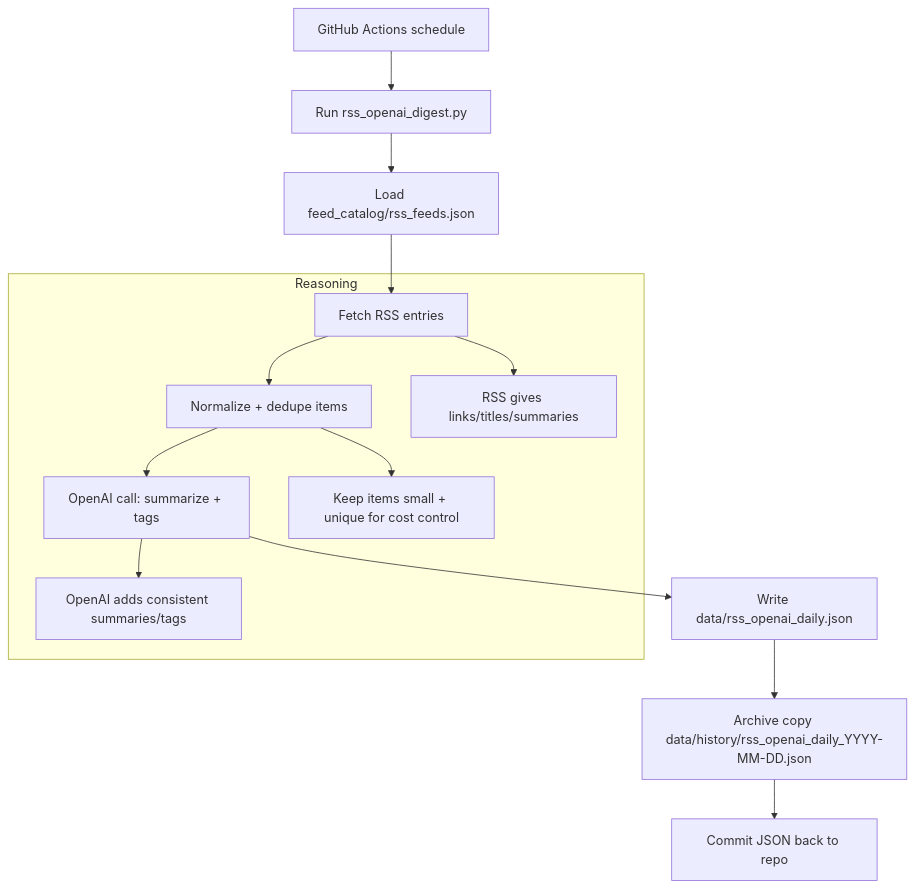
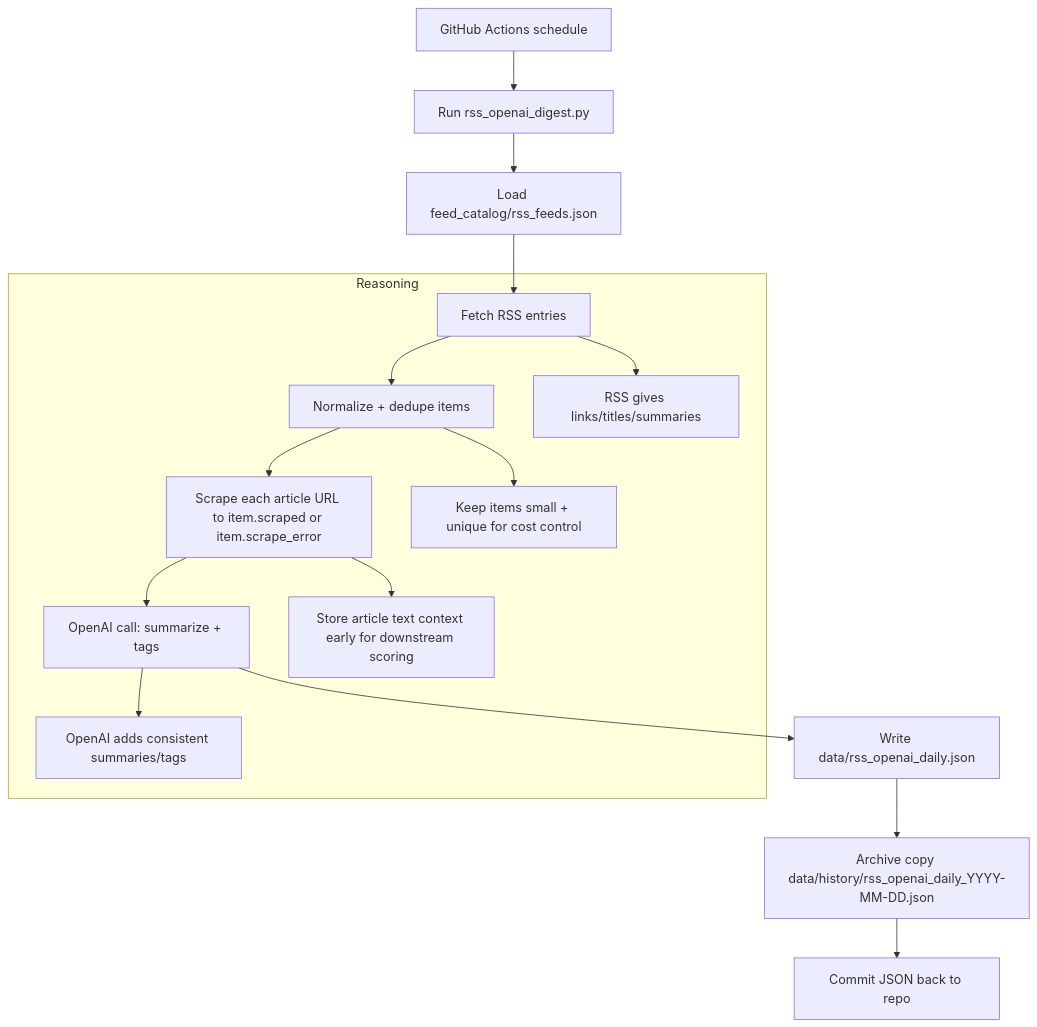
The second of 2 diagrams in readme.md (Distinction-Projects/RSS_Feeds), drawn with Mermaid before and after one commit. The commit also changed other lines of this file and 20 other files, not shown here.

````diff
--- a/readme.md
+++ b/readme.md
@@ -36,17 +37,19 @@
 ```mermaid
 flowchart TD
     A[GitHub Actions schedule] --> B[Run rss_openai_digest.py]
     B --> C[Load feed_catalog/rss_feeds.json]
     C --> D[Fetch RSS entries]
     D --> E[Normalize + dedupe items]
-    E --> F[OpenAI call: summarize + tags]
-    F --> G[Write data/rss_openai_daily.json]
-    G --> H[Archive copy data/history/rss_openai_daily_YYYY-MM-DD.json]
-    H --> I[Commit JSON back to repo]
+    E --> F[Scrape each article URL to item.scraped or item.scrape_error]
+    F --> G[OpenAI call: summarize + tags]
+    G --> H[Write data/rss_openai_daily.json]
+    H --> I[Archive copy data/history/rss_openai_daily_YYYY-MM-DD.json]
+    I --> J[Commit JSON back to repo]
 
     subgraph Reasoning
     D --> R1[RSS gives links/titles/summaries]
     E --> R2[Keep items small + unique for cost control]
-    F --> R3[OpenAI adds consistent summaries/tags]
+    F --> R3[Store article text context early for downstream scoring]
+    G --> R4[OpenAI adds consistent summaries/tags]
     end
 ```
````
